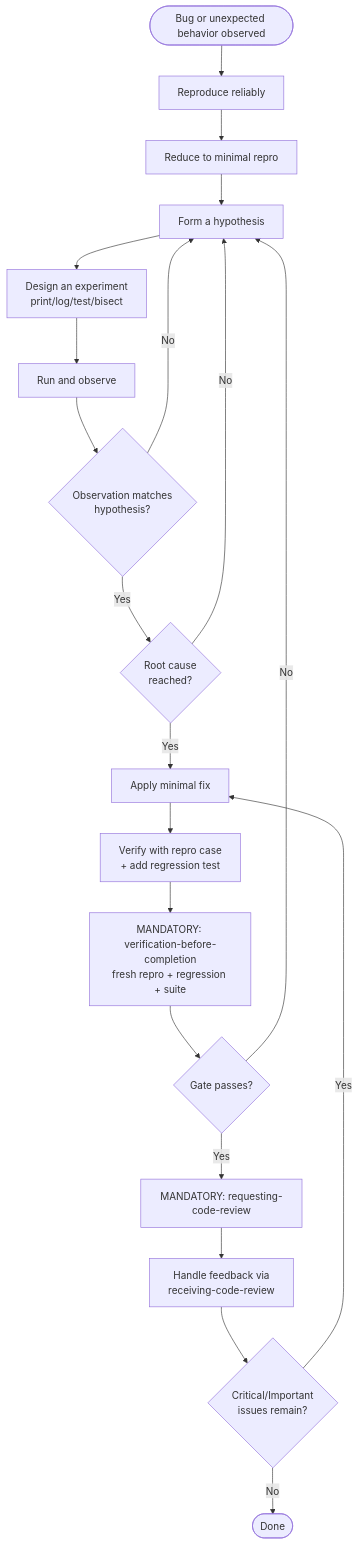
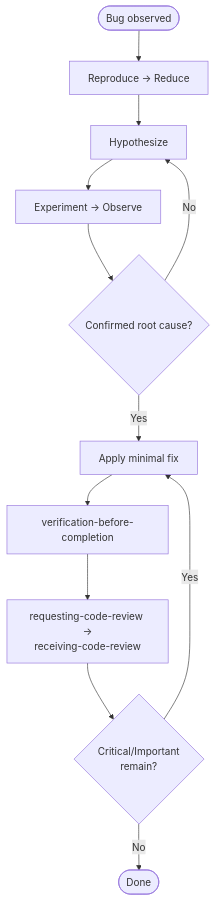
Before and after one commit to wintermaples/spec-coexist: the diagram in .claude/skills/systematic-debugging/SKILL.md, drawn with Mermaid. The commit also changed other lines of this file and 44 other files, not shown here.

````diff
--- a/.claude/skills/systematic-debugging/SKILL.md
+++ b/.claude/skills/systematic-debugging/SKILL.md
@@ -30,22 +40,14 @@
 ```mermaid
 flowchart TD
-    Start([Bug or unexpected behavior observed]) --> R1[Reproduce reliably]
-    R1 --> R2[Reduce to minimal repro]
-    R2 --> H[Form a hypothesis]
-    H --> P[Design an experiment<br/>print/log/test/bisect]
-    P --> O[Run and observe]
-    O --> J{Observation matches<br/>hypothesis?}
+    Start([Bug observed]) --> R[Reproduce → Reduce]
+    R --> H[Hypothesize]
+    H --> E[Experiment → Observe]
+    E --> J{Confirmed root cause?}
     J -- No --> H
-    J -- Yes --> Root{Root cause<br/>reached?}
-    Root -- No --> H
-    Root -- Yes --> Fix[Apply minimal fix]
-    Fix --> Test[Verify with repro case<br/>+ add regression test]
-    Test --> Gate[MANDATORY: verification-before-completion<br/>fresh repro + regression + suite]
-    Gate --> Pass{Gate passes?}
-    Pass -- No --> H
-    Pass -- Yes --> Review[MANDATORY: requesting-code-review]
-    Review --> DFeedback[Handle feedback via<br/>receiving-code-review]
-    DFeedback --> DCrit{Critical/Important<br/>issues remain?}
-    DCrit -- Yes --> Fix
-    DCrit -- No --> End([Done])
+    J -- Yes --> Fix[Apply minimal fix]
+    Fix --> V[verification-before-completion]
+    V --> Rv[requesting-code-review →<br/>receiving-code-review]
+    Rv --> Crit{Critical/Important<br/>remain?}
+    Crit -- Yes --> Fix
+    Crit -- No --> End([Done])
 ```
````
